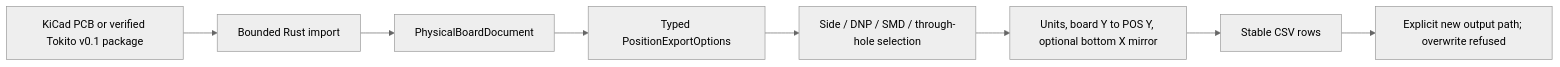
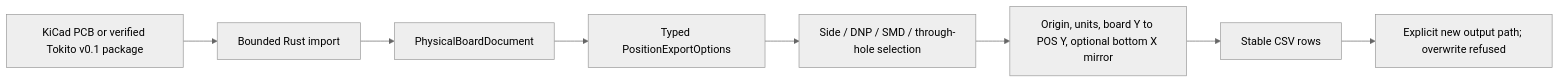
One commit to TokitoAI/tokito-cli changed the diagram in docs/PCB_POSITION_EXPORT.md. Above: the diagram before and after it, drawn with Mermaid (neutral theme). The commit also changed other lines of this file and 12 other files, not shown here.

Commit message:
Add auxiliary-origin POS export parity

````diff
--- a/docs/PCB_POSITION_EXPORT.md
+++ b/docs/PCB_POSITION_EXPORT.md
@@ -10,10 +12,10 @@
 ```mermaid
 flowchart LR
     PCB[KiCad PCB or verified Tokito v0.1 package] --> Import[Bounded Rust import]
     Import --> Canonical[PhysicalBoardDocument]
     Canonical --> Request[Typed PositionExportOptions]
     Request --> Project[Side / DNP / SMD / through-hole selection]
-    Project --> Transform[Units, board Y to POS Y, optional bottom X mirror]
+    Project --> Transform[Origin, units, board Y to POS Y, optional bottom X mirror]
     Transform --> CSV[Stable CSV rows]
     CSV --> Writer[Explicit new output path; overwrite refused]
 ```
````
